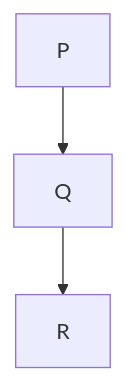
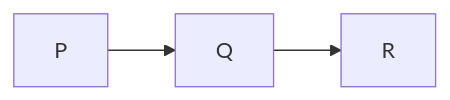
Before and after one commit to paw-hermansen/Markdown-Viewditor: the sixth of 8 diagrams in testing/MathChemMermaid-All.md, drawn with Mermaid. The commit also changed other lines of this file and 5 other files, not shown here.

````diff
--- a/testing/MathChemMermaid-All.md
+++ b/testing/MathChemMermaid-All.md
@@ -378,4 +378,4 @@
 ```mermaid
-graph TD
+graph LR
     P --> Q --> R
 ```
````
